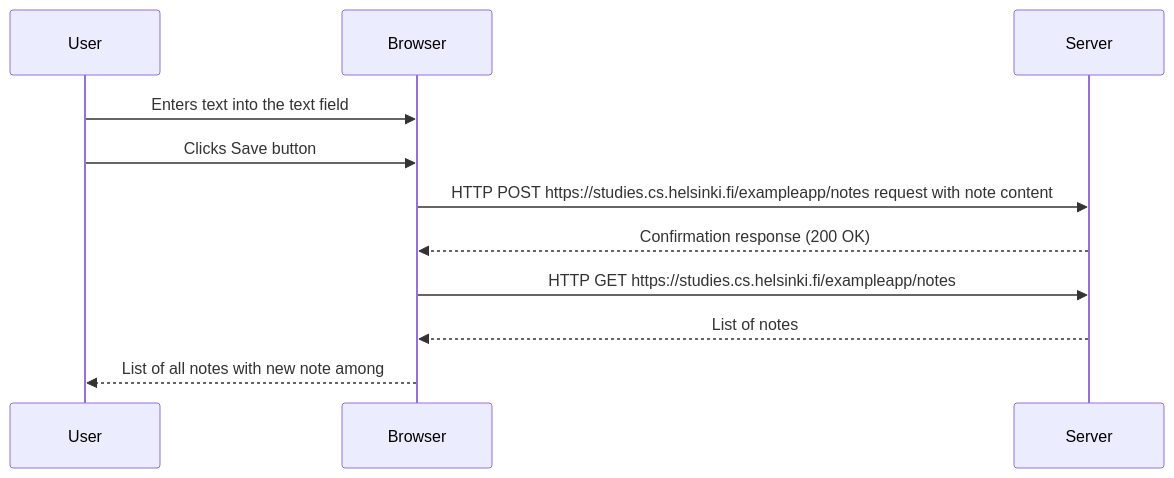
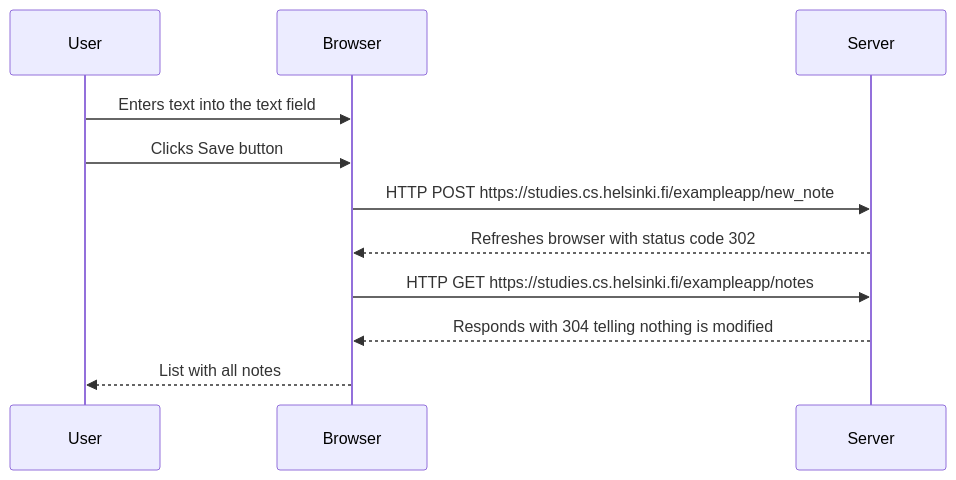
Before and after one commit to paskaeu25/fs-open: the diagram in part0/exercises/note-diagram/diagram.md, drawn with Mermaid.

Commit message:
modified ajax diagram

````diff
--- a/part0/exercises/note-diagram/diagram.md
+++ b/part0/exercises/note-diagram/diagram.md
@@ -1,13 +1,13 @@
 ```mermaid
 sequenceDiagram
     participant User
     participant Browser
     participant Server
     User->>Browser: Enters text into the text field
     User->>Browser: Clicks Save button
-    Browser->>Server: HTTP POST https://studies.cs.helsinki.fi/exampleapp/notes request with note content
-    Server-->>Browser: Confirmation response (200 OK)
+    Browser->>Server: HTTP POST https://studies.cs.helsinki.fi/exampleapp/new_note
+    Server-->>Browser: Refreshes browser with status code 302
     Browser->>Server: HTTP GET https://studies.cs.helsinki.fi/exampleapp/notes
-    Server-->>Browser: List of notes
-    Browser-->>User: List of all notes with new note among
+    Server-->>Browser: Responds with 304 telling nothing is modified
+    Browser-->>User: List with all notes
 ```
````
